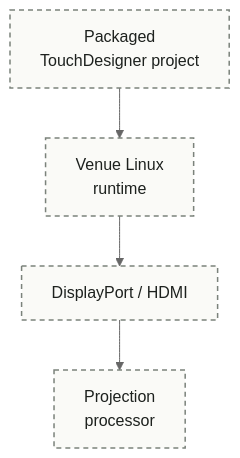
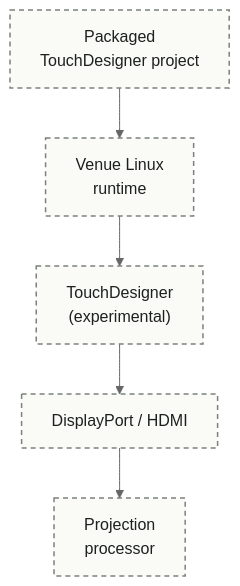
One commit to MesmerPrism/MesmerPrism.github.io changed the diagram in time/diagrams/visual-linux-mobile.mmd. Above: the diagram before and after it, drawn with Mermaid (neutral theme). The commit also changed 10 other files, not shown here.

```diff
--- a/time/diagrams/visual-linux-mobile.mmd
+++ b/time/diagrams/visual-linux-mobile.mmd
@@ -1,7 +1,8 @@
 flowchart TB
     PKG["Packaged<br/>TouchDesigner project"] --> LINUX["Venue Linux<br/>runtime"]
-    LINUX --> LOCAL["DisplayPort / HDMI"]
+    LINUX --> TD["TouchDesigner<br/>(experimental)"]
+    TD --> LOCAL["DisplayPort / HDMI"]
     LOCAL --> PROJ["Projection<br/>processor"]
 
     classDef alternative fill:#fafaf7,stroke:#7b827b,stroke-width:1.5px,stroke-dasharray:5 4,color:#1d211e
-    class PKG,LINUX,LOCAL,PROJ alternative
+    class PKG,LINUX,TD,LOCAL,PROJ alternative
```
